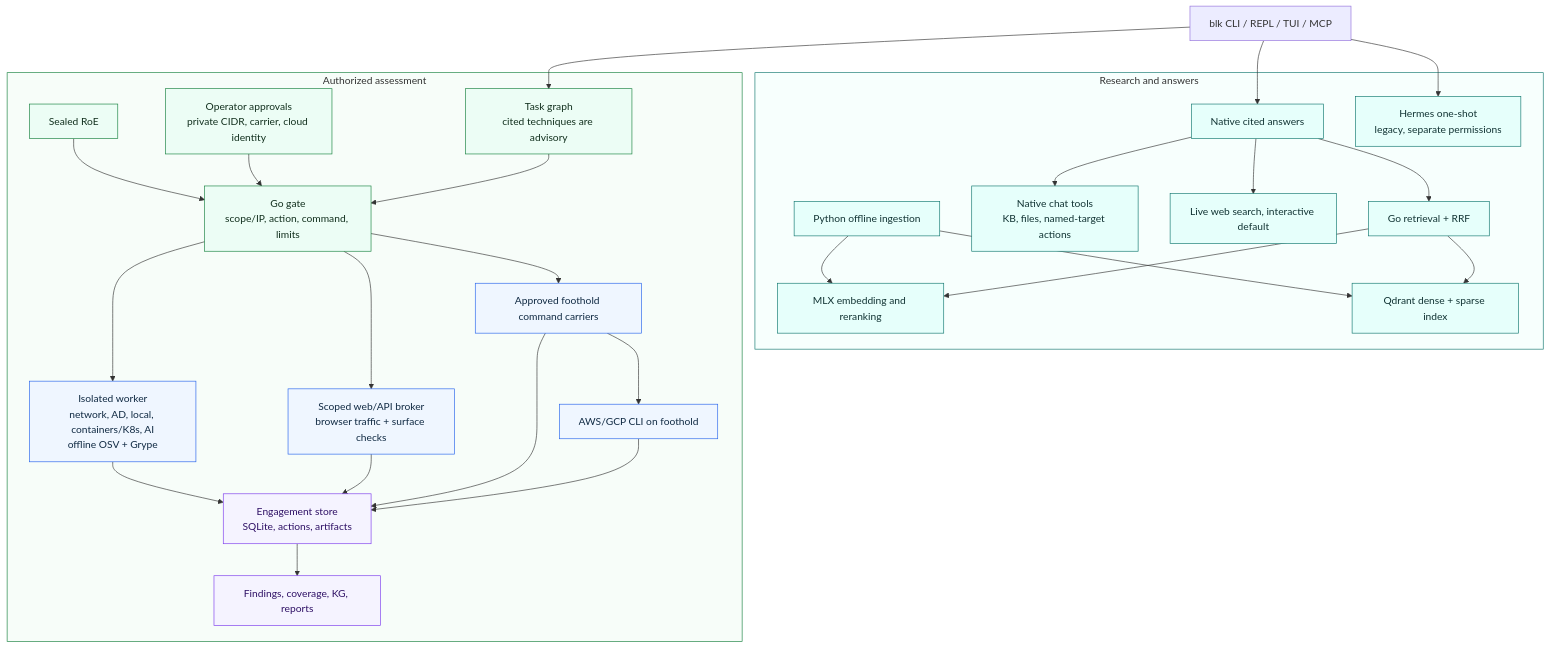
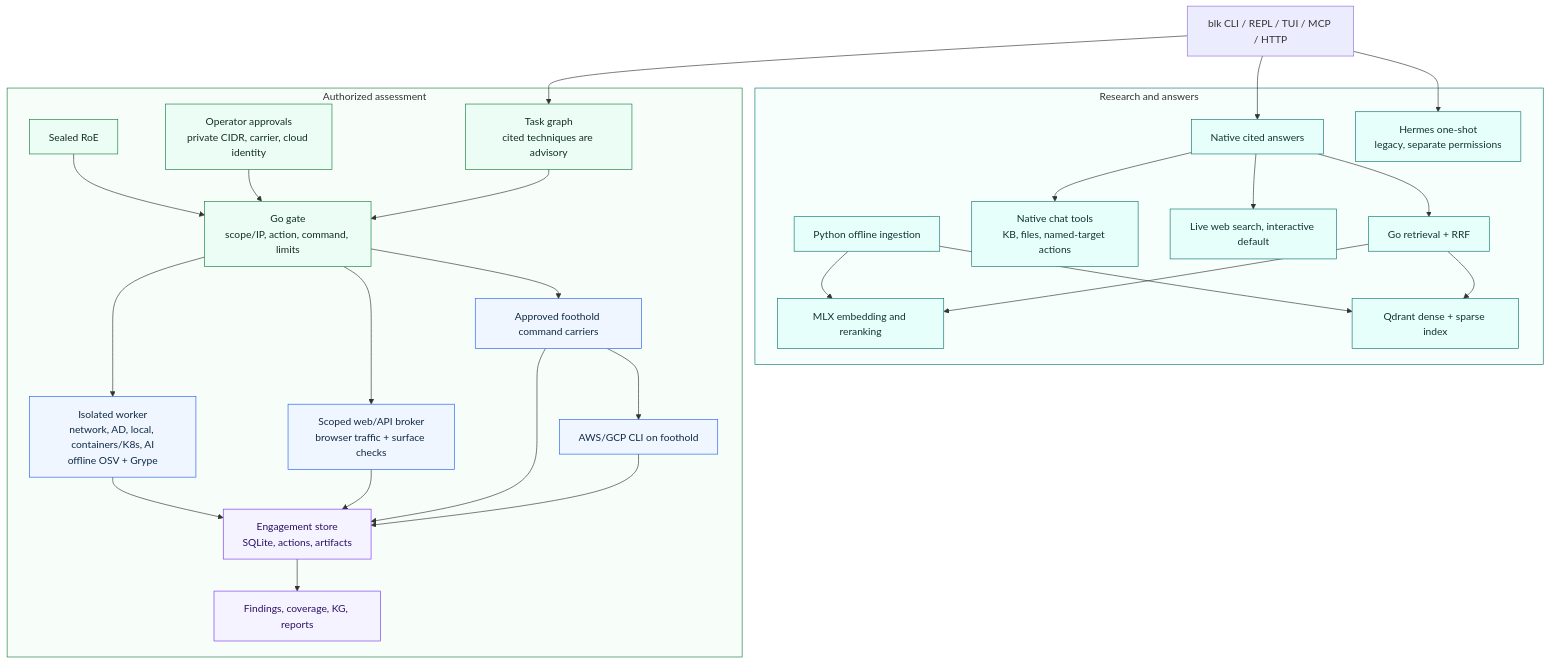
One commit to abelreqma/blkchain changed the diagram in docs/ARCHITECTURE.md. Above: the diagram before and after it, drawn with Mermaid. The commit also changed other lines of this file and 2 other files, not shown here.

First line of the commit message:
docs: describe the blk serve API and its exposure

````diff
--- a/docs/ARCHITECTURE.md
+++ b/docs/ARCHITECTURE.md
@@ -25,62 +25,62 @@
 ```mermaid
 flowchart TB
-  Entry["blk CLI / REPL / TUI / MCP"]
+  Entry["blk CLI / REPL / TUI / MCP / HTTP"]
 
   subgraph Research["Research and answers"]
     Index["Python offline ingestion"]
     MLX["MLX embedding and reranking"]
     Qdrant["Qdrant dense + sparse index"]
     Native["Native cited answers"]
     ChatTools["Native chat tools<br/>KB, files, named-target actions"]
     Web["Live web search, interactive default"]
     Retrieval["Go retrieval + RRF"]
     Hermes["Hermes one-shot<br/>legacy, separate permissions"]
   end
 
   subgraph Assessment["Authorized assessment"]
     Roe["Sealed RoE"]
     Approval["Operator approvals<br/>private CIDR, carrier, cloud identity"]
     Plan["Task graph<br/>cited techniques are advisory"]
     Gate["Go gate<br/>scope/IP, action, command, limits"]
     Worker["Isolated worker<br/>network, AD, local, containers/K8s, AI<br/>offline OSV + Grype"]
     Broker["Scoped web/API broker<br/>browser traffic + surface checks"]
     Pivot["Approved foothold command carriers"]
     Cloud["AWS/GCP CLI on foothold"]
     Store["Engagement store<br/>SQLite, actions, artifacts"]
     Review["Findings, coverage, KG, reports"]
   end
 
   Entry --> Native
   Entry --> Hermes
   Entry --> Plan
   Index --> MLX
   Index --> Qdrant
   Native --> Retrieval
   Native --> ChatTools
   Native --> Web
   Retrieval --> MLX
   Retrieval --> Qdrant
   Roe --> Gate
   Approval --> Gate
   Plan --> Gate
   Gate --> Worker
   Gate --> Broker
   Gate --> Pivot
   Pivot --> Cloud
   Worker --> Store
   Broker --> Store
   Pivot --> Store
   Cloud --> Store
   Store --> Review
 
   style Research fill:#f7fffd,stroke:#0f766e,stroke-width:1px
   style Assessment fill:#f7fdf9,stroke:#15803d,stroke-width:1px
   classDef research fill:#e6fffb,stroke:#0f766e,color:#123434,font-size:16px
   classDef control fill:#ecfdf5,stroke:#15803d,color:#12301e,font-size:16px
   classDef execution fill:#eff6ff,stroke:#2563eb,color:#102a43,font-size:16px
   classDef evidence fill:#f5f3ff,stroke:#7c3aed,color:#2e1065,font-size:16px
   class Index,MLX,Qdrant,Native,ChatTools,Web,Retrieval,Hermes research
   class Roe,Approval,Plan,Gate control
   class Worker,Broker,Pivot,Cloud execution
   class Store,Review evidence
 ```
````
